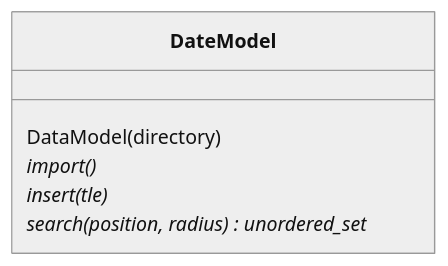
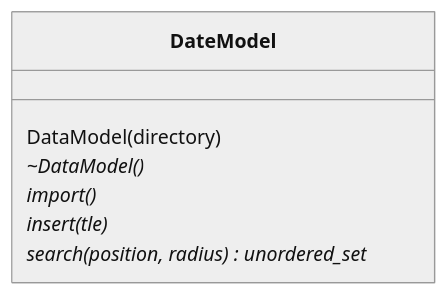
Before and after one commit to brosenthal140/satellite-coverage-tracker: the fourth of 12 diagrams in README.md, drawn with Mermaid (neutral theme). The commit also changed other lines of this file and 2 other files, not shown here.

Commit message:
- feat: adds declaration for runCLI() method - feat: adds definition for the _initModel() method - docs: updates README.md

````diff
--- a/README.md
+++ b/README.md
@@ -119,9 +116,10 @@
 ```mermaid
 classDiagram
 class DateModel {
     DataModel(directory)
+    ~DataModel()*
     import()*
     insert(tle)*
     search(position, radius)* unordered_set<int>
 }
 ```
````
